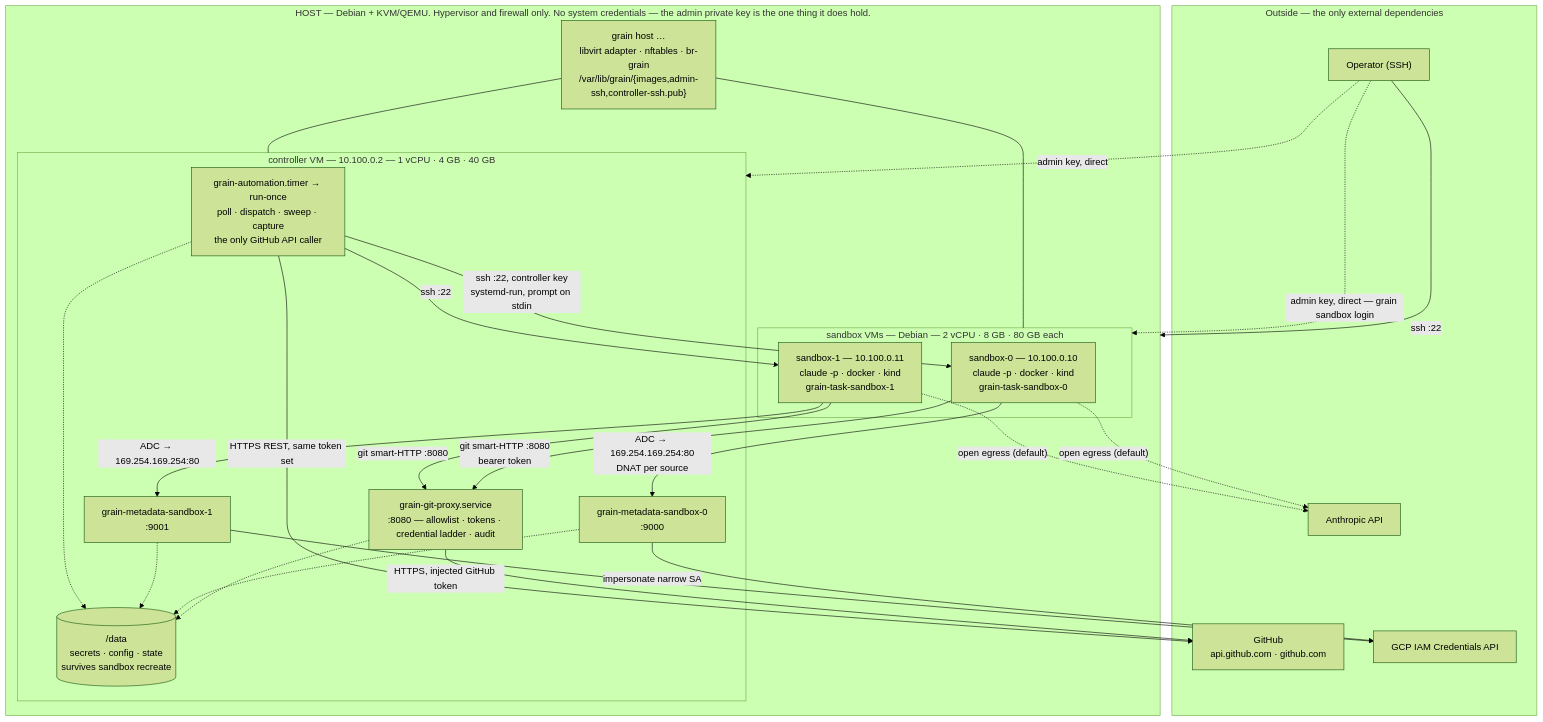
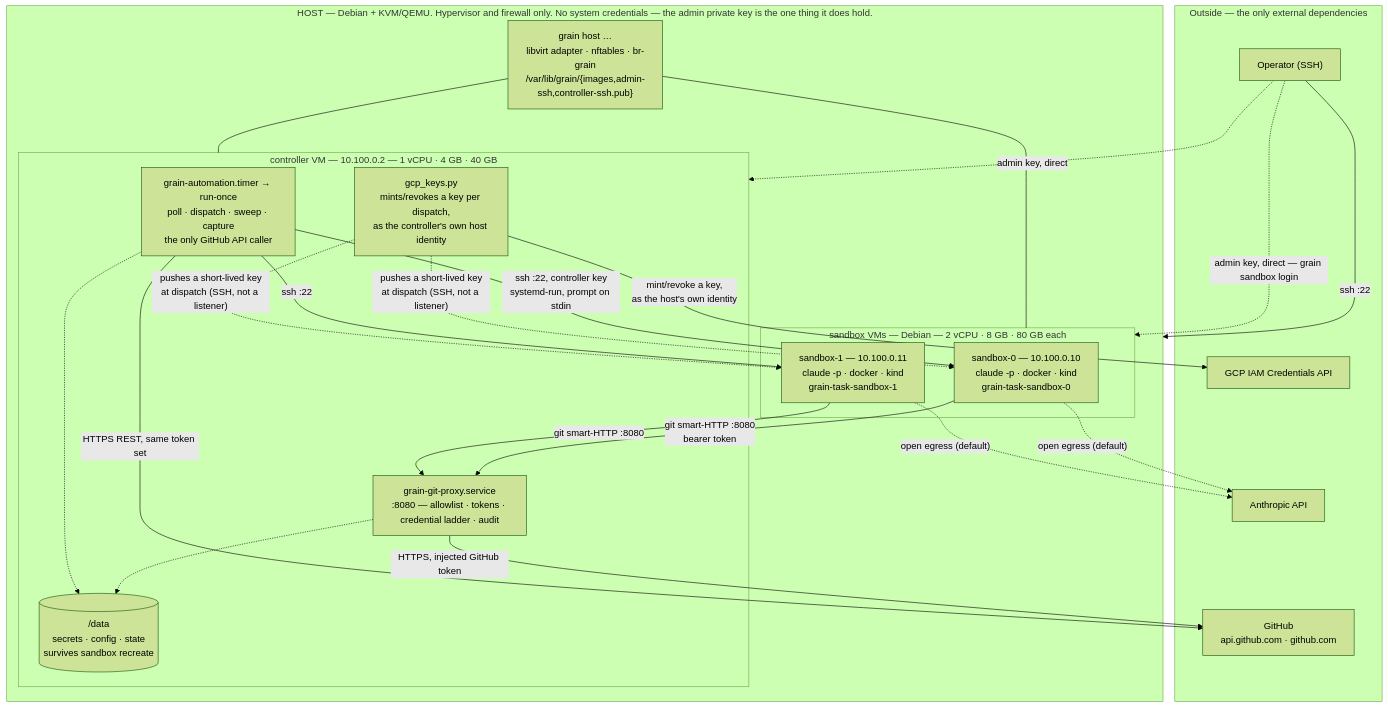
The first of 5 diagrams in docs/system-diagram.md (bwsalmon/grain), drawn with Mermaid (forest theme) before and after one commit. The commit also changed other lines of this file and 44 other files, not shown here.

````diff
--- a/docs/system-diagram.md
+++ b/docs/system-diagram.md
@@ -25,53 +25,49 @@
 ```mermaid
 flowchart TB
     subgraph outside["Outside — the only external dependencies"]
         gh["GitHub<br/>api.github.com · github.com"]
         gcp["GCP IAM Credentials API"]
         anth["Anthropic API"]
         admin["Operator (SSH)"]
     end
 
     subgraph host["HOST — Debian + KVM/QEMU. Hypervisor and firewall only. No system credentials — the admin private key is the one thing it does hold."]
         adapter["grain host …<br/>libvirt adapter · nftables · br-grain<br/>/var/lib/grain/{images,admin-ssh,controller-ssh.pub}"]
 
         subgraph ctl["controller VM — 10.100.0.2 — 1 vCPU · 4 GB · 40 GB"]
             auto["grain-automation.timer → run-once<br/>poll · dispatch · sweep · capture<br/>the only GitHub API caller"]
             proxy["grain-git-proxy.service<br/>:8080 — allowlist · tokens · credential ladder · audit"]
-            mds0["grain-metadata-sandbox-0<br/>:9000"]
-            mds1["grain-metadata-sandbox-1<br/>:9001"]
+            gcpk["gcp_keys.py<br/>mints/revokes a key per dispatch,<br/>as the controller's own host identity"]
             data[("/data<br/>secrets · config · state<br/>survives sandbox recreate")]
         end
 
         subgraph sbs["sandbox VMs — Debian — 2 vCPU · 8 GB · 80 GB each"]
             sb0["sandbox-0 — 10.100.0.10<br/>claude -p · docker · kind<br/>grain-task-sandbox-0"]
             sb1["sandbox-1 — 10.100.0.11<br/>claude -p · docker · kind<br/>grain-task-sandbox-1"]
         end
     end
 
     admin -->|"ssh :22"| host
     admin -.->|"admin key, direct"| ctl
     admin -.->|"admin key, direct — grain sandbox login"| sbs
 
     auto -->|"ssh :22, controller key<br/>systemd-run, prompt on stdin"| sb0
     auto -->|"ssh :22"| sb1
 
     sb0 -->|"git smart-HTTP :8080<br/>bearer token"| proxy
     sb1 -->|"git smart-HTTP :8080"| proxy
-    sb0 -->|"ADC → 169.254.169.254:80<br/>DNAT per source"| mds0
-    sb1 -->|"ADC → 169.254.169.254:80"| mds1
+    gcpk -.->|"pushes a short-lived key<br/>at dispatch (SSH, not a listener)"| sb0
+    gcpk -.->|"pushes a short-lived key<br/>at dispatch (SSH, not a listener)"| sb1
 
     sb0 -.->|"open egress (default)"| anth
     sb1 -.->|"open egress (default)"| anth
 
     proxy -->|"HTTPS, injected GitHub token"| gh
     auto -->|"HTTPS REST, same token set"| gh
-    mds0 -->|"impersonate narrow SA"| gcp
-    mds1 --> gcp
+    gcpk -->|"mint/revoke a key,<br/>as the host's own identity"| gcp
 
     proxy -.-> data
-    mds0 -.-> data
-    mds1 -.-> data
     auto -.-> data
     adapter --- ctl
     adapter --- sbs
 ```
````
